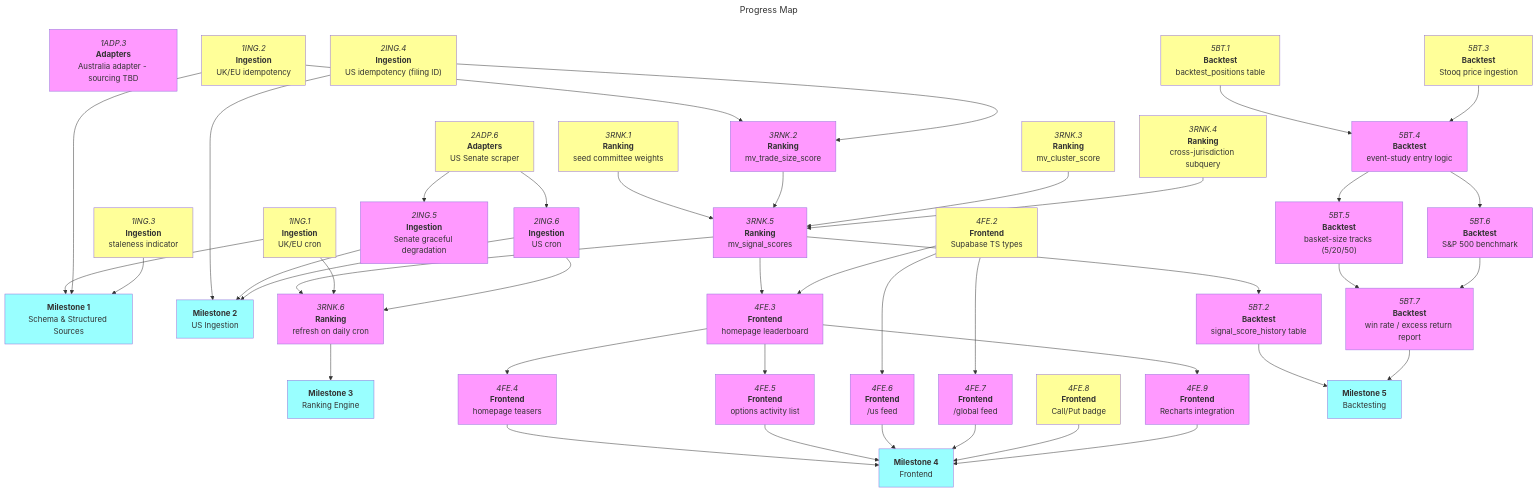
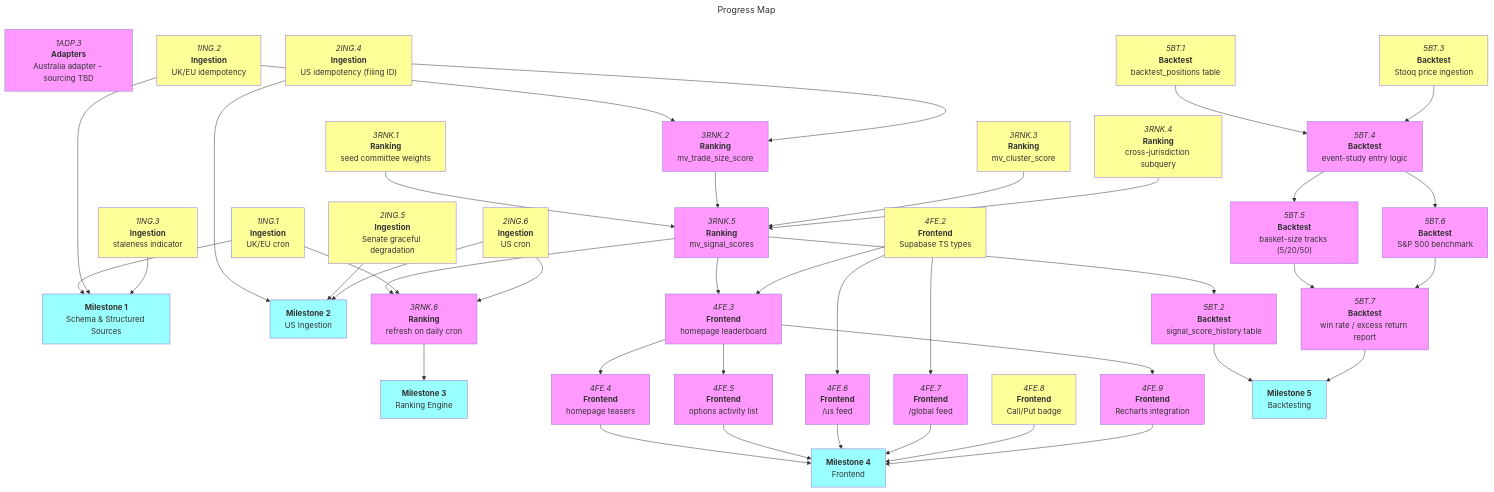
One commit to Oggie112/CrossBench changed the diagram in docs/roadmaps/mvp.md. Above: the diagram before and after it, drawn with Mermaid. The commit also changed other lines of this file and 1 other file, not shown here.

```diff
--- a/docs/roadmaps/mvp.md
+++ b/docs/roadmaps/mvp.md
@@ -193,15 +194,11 @@
 1ING.2 --> m1
 1ING.3 --> m1
 
-2ADP.6["`*2ADP.6*<br/>**Adapters**<br/>US Senate scraper`"]:::open
-
 2ING.4["`*2ING.4*<br/>**Ingestion**<br/>US idempotency (filing ID)`"]:::open
 
-2ING.5["`*2ING.5*<br/>**Ingestion**<br/>Senate graceful degradation`"]:::blocked
-2ADP.6 --> 2ING.5
+2ING.5["`*2ING.5*<br/>**Ingestion**<br/>Senate graceful degradation`"]:::open
 
-2ING.6["`*2ING.6*<br/>**Ingestion**<br/>US cron`"]:::blocked
-2ADP.6 --> 2ING.6
+2ING.6["`*2ING.6*<br/>**Ingestion**<br/>US cron`"]:::open
 
 m2["`**Milestone 2**<br/>US Ingestion`"]:::mile
 2ING.4 --> m2
```
